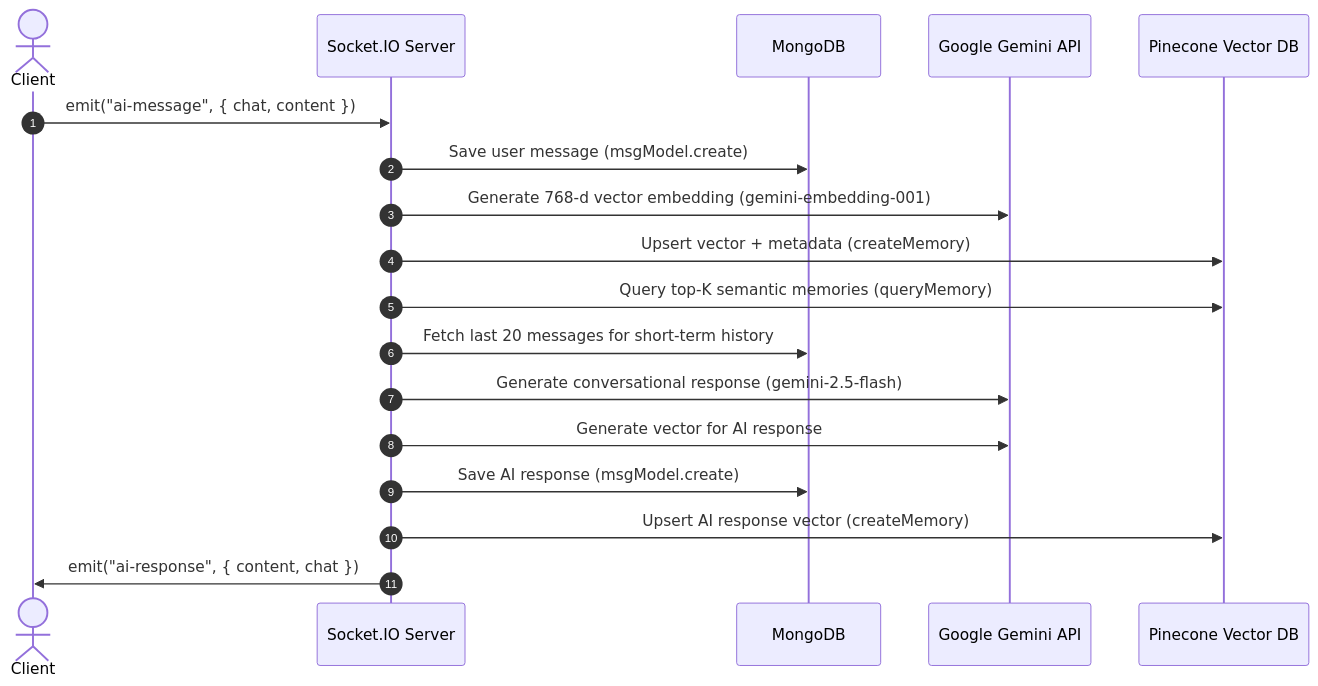
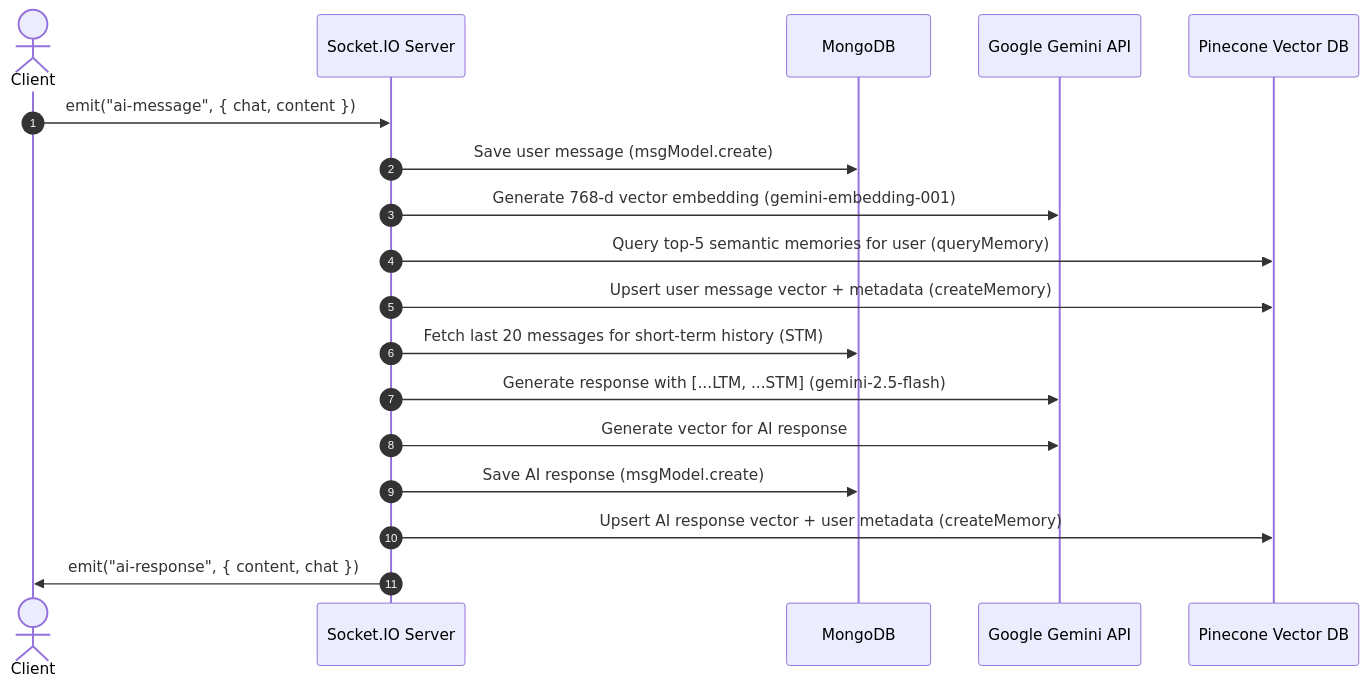
One commit to itsam-13/Project-GPT changed the diagram in README.md. Above: the diagram before and after it, drawn with Mermaid. The commit also changed other lines of this file and 1 other file, not shown here.

Commit message:
feat: implement dual-layer STM/LTM memory architecture and Socket.IO server with Gemini integration

````diff
--- a/README.md
+++ b/README.md
@@ -34,21 +47,21 @@
 ```mermaid
 sequenceDiagram
     autonumber
     actor Client
     participant Server as Socket.IO Server
     participant Mongo as MongoDB
     participant Gemini as Google Gemini API
     participant Pinecone as Pinecone Vector DB
 
     Client->>Server: emit("ai-message", { chat, content })
     Server->>Mongo: Save user message (msgModel.create)
     Server->>Gemini: Generate 768-d vector embedding (gemini-embedding-001)
-    Server->>Pinecone: Upsert vector + metadata (createMemory)
-    Server->>Pinecone: Query top-K semantic memories (queryMemory)
-    Server->>Mongo: Fetch last 20 messages for short-term history
-    Server->>Gemini: Generate conversational response (gemini-2.5-flash)
+    Server->>Pinecone: Query top-5 semantic memories for user (queryMemory)
+    Server->>Pinecone: Upsert user message vector + metadata (createMemory)
+    Server->>Mongo: Fetch last 20 messages for short-term history (STM)
+    Server->>Gemini: Generate response with [...LTM, ...STM] (gemini-2.5-flash)
     Server->>Gemini: Generate vector for AI response
     Server->>Mongo: Save AI response (msgModel.create)
-    Server->>Pinecone: Upsert AI response vector (createMemory)
+    Server->>Pinecone: Upsert AI response vector + user metadata (createMemory)
     Server->>Client: emit("ai-response", { content, chat })
 ```
````
